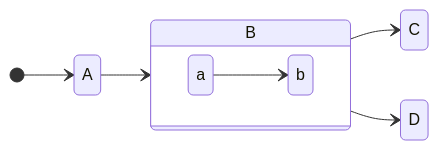
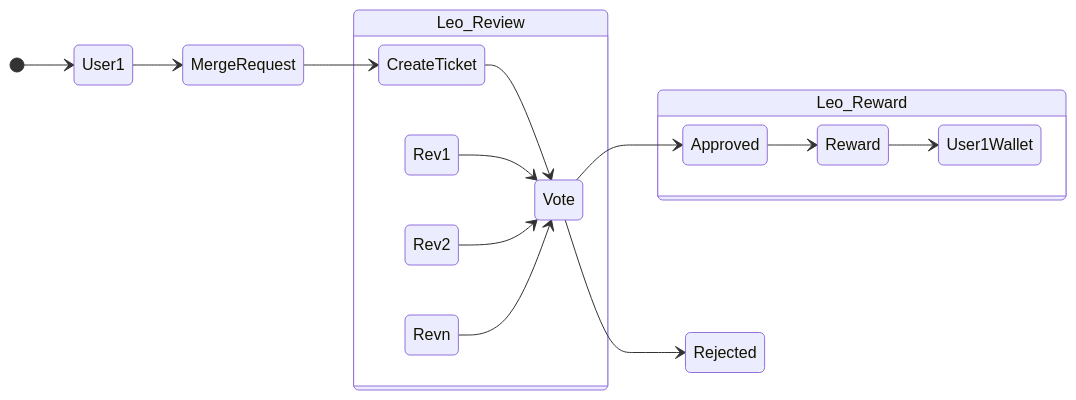
One commit to palutz/privateReward changed the diagram in README.md. Above: the diagram before and after it, drawn with Mermaid. The commit also changed other lines of this file, not shown here.

Commit message:
presentation

````diff
--- a/README.md
+++ b/README.md
@@ -4,12 +4,20 @@
 ```mermaid
 stateDiagram
     direction LR
-    [*] --> A
-    A --> B
-    B --> C
-    state B {
-      direction LR
-      a --> b
+    [*] --> User1
+    User1 --> MergeRequest
+    MergeRequest --> CreateTicket
+    state Leo_Review {
+      CreateTicket --> Vote
+      direction RL
+      Rev1 --> Vote
+      Rev2 --> Vote
+      Revn --> Vote
     }
-    B --> D
+    Vote --> Approved
+    Vote --> Rejected
+    state Leo_Reward {
+      Approved --> Reward
+      Reward --> User1Wallet
+    }
 ```
````
